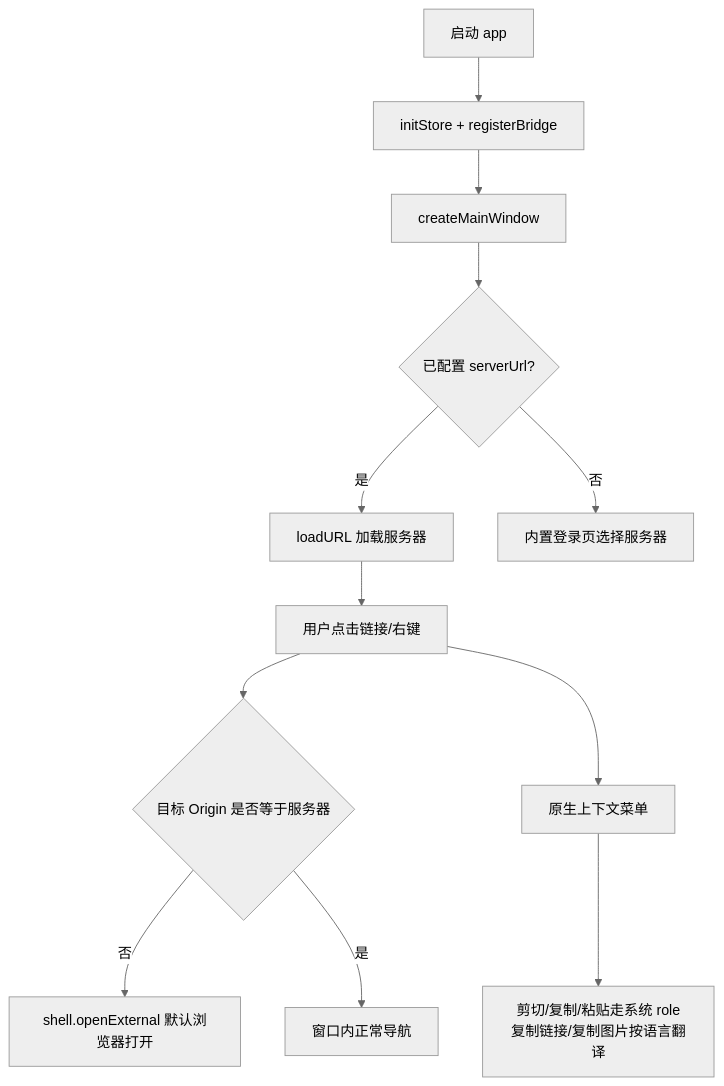
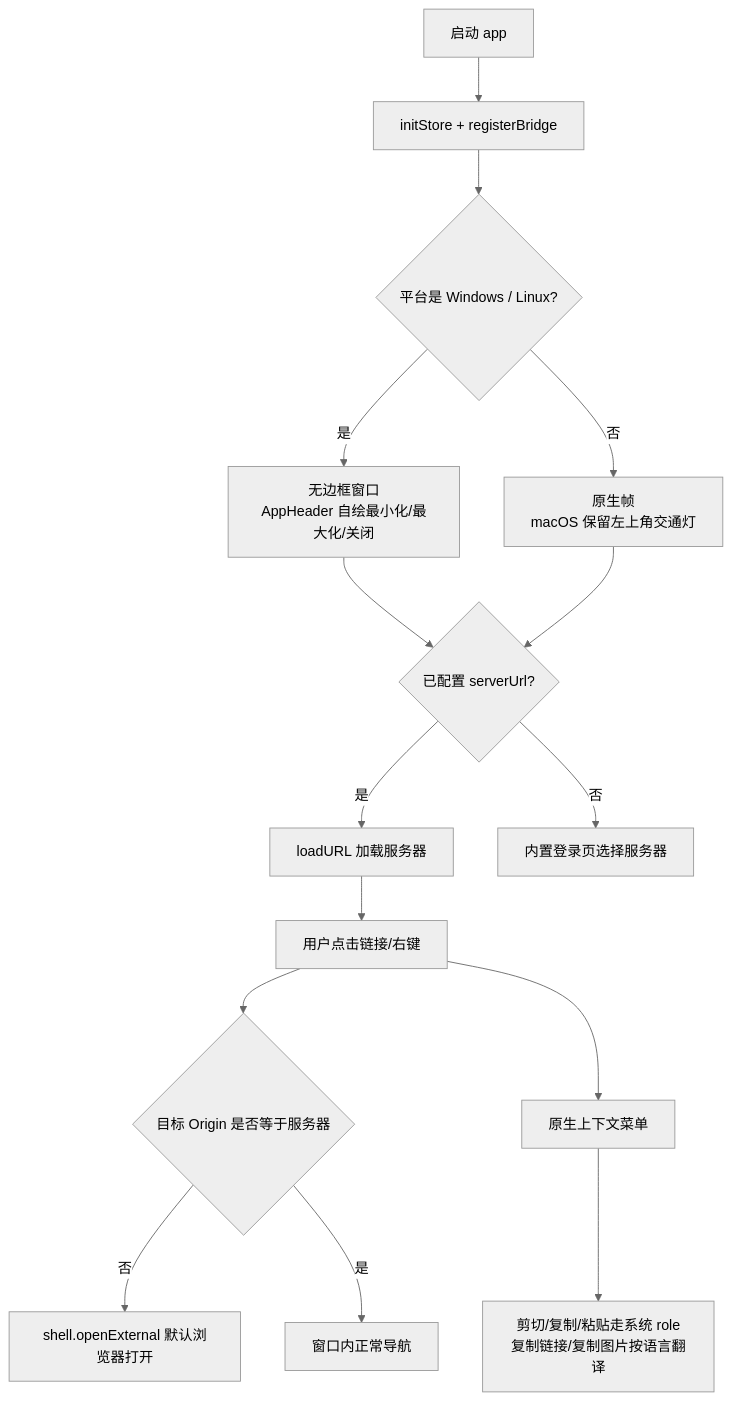
Before and after one commit to clawbench-dev/clawbench: the first of 5 diagrams in docs/spec/client/desktop-client.md, drawn with Mermaid (neutral theme). The commit also changed other lines of this file and 13 other files, not shown here.

````diff
--- a/docs/spec/client/desktop-client.md
+++ b/docs/spec/client/desktop-client.md
@@ -11,14 +11,17 @@
 ```mermaid
 flowchart TD
     A[启动 app] --> B[initStore + registerBridge]
-    B --> C[createMainWindow]
-    C --> D{已配置 serverUrl?}
+    B --> C{平台是 Windows / Linux?}
+    C -->|是| C1[无边框窗口<br/>AppHeader 自绘最小化/最大化/关闭]
+    C -->|否| C2[原生帧<br/>macOS 保留左上角交通灯]
+    C1 --> D{已配置 serverUrl?}
+    C2 --> D
     D -->|是| E[loadURL 加载服务器]
     D -->|否| F[内置登录页选择服务器]
     E --> G[用户点击链接/右键]
     G --> H{目标 Origin 是否等于服务器}
     H -->|否| I[shell.openExternal 默认浏览器打开]
     H -->|是| J[窗口内正常导航]
     G --> K[原生上下文菜单]
     K --> L[剪切/复制/粘贴走系统 role<br/>复制链接/复制图片按语言翻译]
 ```
````
